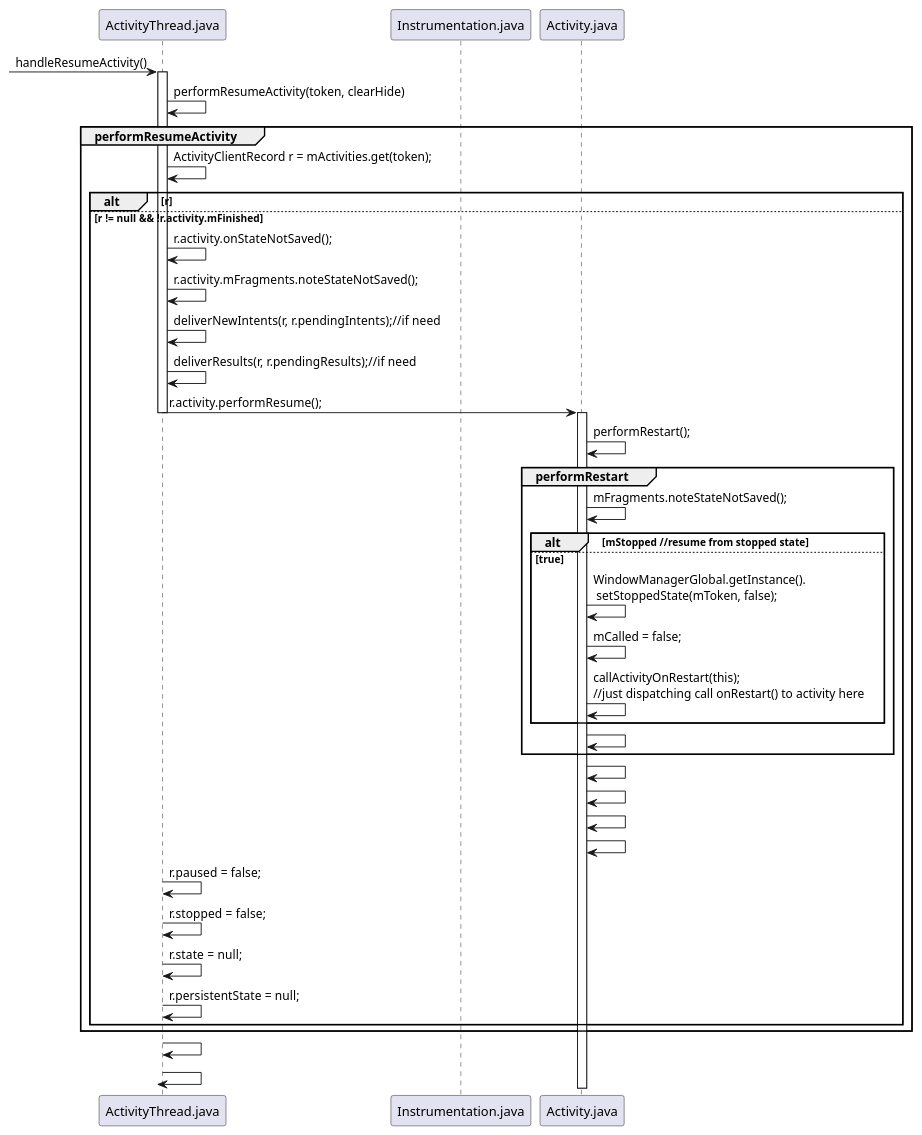
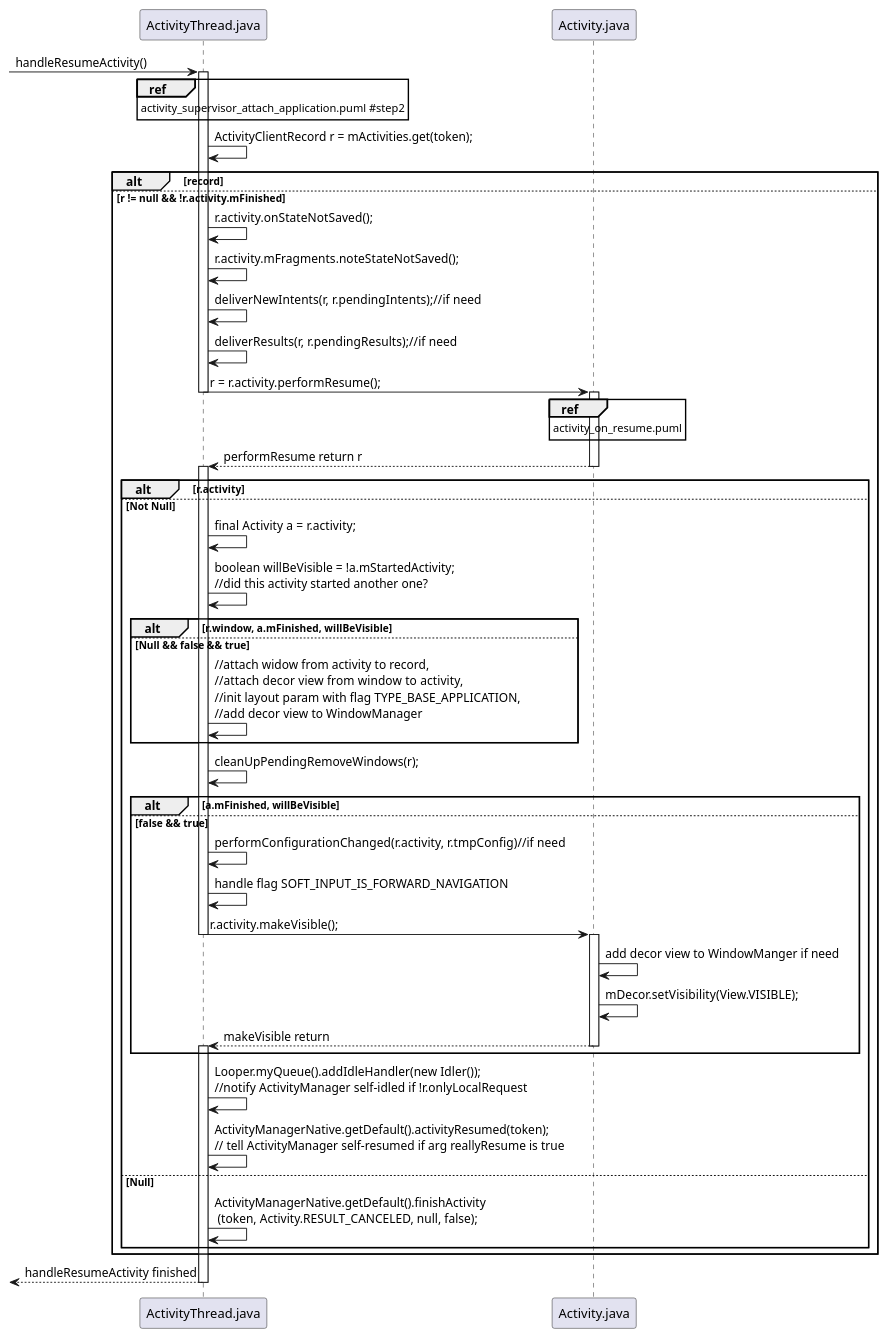
The diagram in uml/7_app_start/handle_resume_activity.puml (heavy-james/AndroidStartSequence), drawn with PlantUML before and after one commit. The commit also changed 8 other files, not shown here.

```diff
--- a/uml/7_app_start/handle_resume_activity.puml
+++ b/uml/7_app_start/handle_resume_activity.puml
@@ -1,73 +1,89 @@
 @startuml
 participant ActivityThread as "ActivityThread.java"
-participant Instrumentation as "Instrumentation.java"
 participant Activity as "Activity.java"
 
 -> ActivityThread : handleResumeActivity()
 
 activate ActivityThread
 
-ActivityThread -> ActivityThread : performResumeActivity(token, clearHide)
-
-group performResumeActivity
+ref over ActivityThread : activity_supervisor_attach_application.puml #step2
 
 ActivityThread -> ActivityThread : ActivityClientRecord r = mActivities.get(token);
 
-    alt r
-    else r != null && !r.activity.mFinished
+alt record
+else r != null && !r.activity.mFinished
 
-        ActivityThread -> ActivityThread : r.activity.onStateNotSaved();
+    ActivityThread -> ActivityThread : r.activity.onStateNotSaved();
 
-        ActivityThread -> ActivityThread : r.activity.mFragments.noteStateNotSaved();
+    ActivityThread -> ActivityThread : r.activity.mFragments.noteStateNotSaved();
 
-        ActivityThread -> ActivityThread : deliverNewIntents(r, r.pendingIntents);//if need
+    ActivityThread -> ActivityThread : deliverNewIntents(r, r.pendingIntents);//if need
 
-        ActivityThread -> ActivityThread : deliverResults(r, r.pendingResults);//if need
+    ActivityThread -> ActivityThread : deliverResults(r, r.pendingResults);//if need
 
-        ActivityThread -> Activity : r.activity.performResume();
+    ActivityThread -> Activity : r = r.activity.performResume();
 
-        deactivate ActivityThread
-        activate Activity
+    deactivate ActivityThread
+    activate Activity
 
-        Activity -> Activity : performRestart();
+    ref over Activity : activity_on_resume.puml
 
-        group performRestart
+    Activity --> ActivityThread : performResume return r
 
-            Activity -> Activity : mFragments.noteStateNotSaved();
+    deactivate Activity
+    activate ActivityThread
 
-            alt mStopped //resume from stopped state
-            else true
-                Activity -> Activity : WindowManagerGlobal.getInstance().\
-                \n setStoppedState(mToken, false);
+    alt r.activity
+    else Not Null
 
-                Activity -> Activity : mCalled = false;
+        ActivityThread -> ActivityThread : final Activity a = r.activity;
 
-                Activity -> Activity : callActivityOnRestart(this);\
-                \n//just dispatching call onRestart() to activity here
+        ActivityThread -> ActivityThread : boolean willBeVisible = !a.mStartedActivity;\
+        \n//did this activity started another one?
 
-            end
+        alt r.window, a.mFinished, willBeVisible
+        else Null && false && true
+            ActivityThread -> ActivityThread : //attach widow from activity to record,\
+            \n//attach decor view from window  to activity,\
+            \n//init layout param with flag TYPE_BASE_APPLICATION,\
+            \n//add decor view to WindowManager
+        end
 
 
-            Activity -> Activity :
+        ActivityThread -> ActivityThread : cleanUpPendingRemoveWindows(r);
 
+        alt a.mFinished, willBeVisible
+        else false && true
+            ActivityThread -> ActivityThread : performConfigurationChanged(r.activity, r.tmpConfig)//if need
+
+            ActivityThread -> ActivityThread : handle flag SOFT_INPUT_IS_FORWARD_NAVIGATION
+
+            ActivityThread -> Activity : r.activity.makeVisible();
+
+            deactivate ActivityThread
+            activate Activity
+
+            Activity -> Activity : add decor view to WindowManger if need
+            Activity -> Activity : mDecor.setVisibility(View.VISIBLE);
+            Activity --> ActivityThread : makeVisible return
+
+            deactivate Activity
+            activate ActivityThread
         end
 
-        Activity -> Activity :
-        Activity -> Activity :
-        Activity -> Activity :
-        Activity -> Activity :
+        ActivityThread -> ActivityThread : Looper.myQueue().addIdleHandler(new Idler());\
+        \n//notify ActivityManager self-idled if !r.onlyLocalRequest
 
-        ActivityThread -> ActivityThread : r.paused = false;
-        ActivityThread -> ActivityThread : r.stopped = false;
-        ActivityThread -> ActivityThread : r.state = null;
-        ActivityThread -> ActivityThread : r.persistentState = null;
+        ActivityThread -> ActivityThread : ActivityManagerNative.getDefault().activityResumed(token);\
+        \n// tell ActivityManager self-resumed if arg reallyResume is true
+    else Null
+
+        ActivityThread -> ActivityThread : ActivityManagerNative.getDefault().finishActivity\
+        \n (token, Activity.RESULT_CANCELED, null, false);
     end
+end
 
-end
-ActivityThread -> ActivityThread :
+<-- ActivityThread : handleResumeActivity finished
+deactivate ActivityThread
 
-ActivityThread -> ActivityThread :
-
-
-deactivate ActivityThread
 @enduml
```
